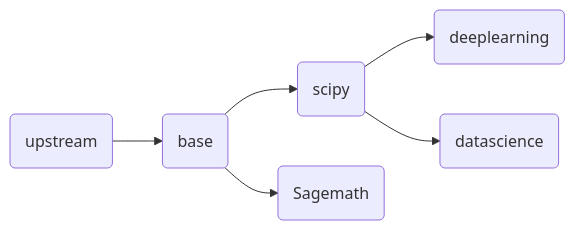
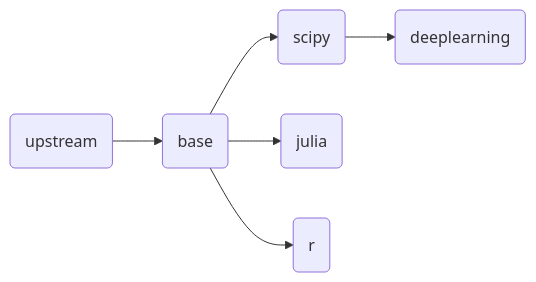
One commit to ben0i0d/jupyter-image-stacks changed the diagram in README.md. Above: the diagram before and after it, drawn with Mermaid. The commit also changed other lines of this file and 2 other files, not shown here.

````diff
--- a/README.md
+++ b/README.md
@@ -14,8 +14,7 @@
 ```mermaid
 graph LR
 A(upstream)-->B(base)
-B-->C(scipy)
-C-->D(deeplearning)	
-C-->E(datascience)
-B-->F(Sagemath)
+B-->C(scipy)-->D(deeplearning)	
+B-->E(julia)
+B-->F(r)
 ```  
````
